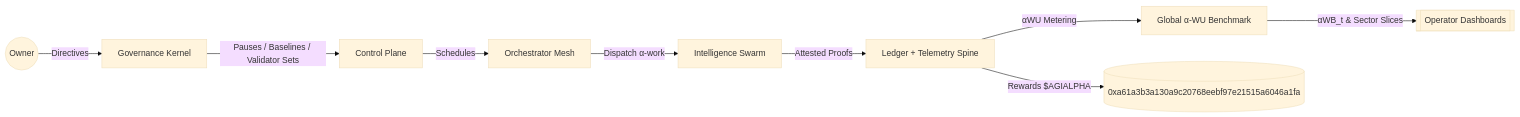
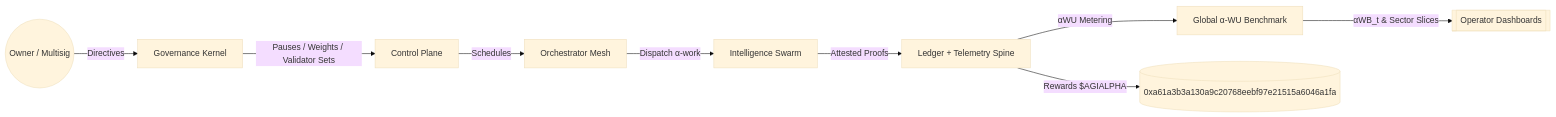
Before and after one commit to MontrealAI/AGI-Alpha-Node-v0: the first of 2 diagrams in README.md, drawn with Mermaid (base theme). The commit also changed other lines of this file and 9 other files, not shown here.

````diff
--- a/README.md
+++ b/README.md
@@ -72,11 +56,11 @@
 ```mermaid
 flowchart LR
-  Owner((Owner)) -->|Directives| Governance[Governance Kernel]
-  Governance -->|Pauses / Baselines / Validator Sets| ControlPlane[Control Plane]
+  Owner((Owner / Multisig)) -->|Directives| Governance[Governance Kernel]
+  Governance -->|Pauses / Weights / Validator Sets| ControlPlane[Control Plane]
   ControlPlane -->|Schedules| OrchestratorMesh[Orchestrator Mesh]
   OrchestratorMesh -->|Dispatch α‑work| IntelligenceSwarm[Intelligence Swarm]
   IntelligenceSwarm -->|Attested Proofs| LedgerTelemetry[Ledger + Telemetry Spine]
   LedgerTelemetry -->|αWU Metering| AlphaWB[Global α‑WU Benchmark]
   LedgerTelemetry -->|Rewards $AGIALPHA| Treasury[(0xa61a3b3a130a9c20768eebf97e21515a6046a1fa)]
   AlphaWB -->|αWB_t & Sector Slices| Dashboards[[Operator Dashboards]]
 ```
````
